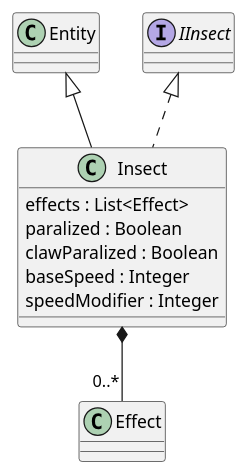
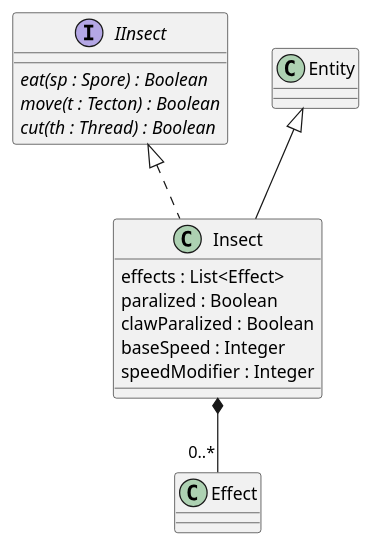
The diagram in 4/classes/insect/insect.puml (Petya-G/fungorium), drawn with PlantUML before and after one commit. The commit also changed 18 other files, not shown here.

```diff
--- a/4/classes/insect/insect.puml
+++ b/4/classes/insect/insect.puml
@@ -1,12 +1,18 @@
 @startuml insect
+
+interface IInsect{
+    {abstract} eat(sp : Spore) : Boolean
+    {abstract} move(t : Tecton) : Boolean
+    {abstract} cut(th : Thread) : Boolean
+}
 
 Insect *-- "0..*" Effect
 class Insect extends Entity implements IInsect{
     effects : List<Effect>
     paralized : Boolean
     clawParalized : Boolean
     baseSpeed : Integer
     speedModifier : Integer
 }
 
 @enduml
```
